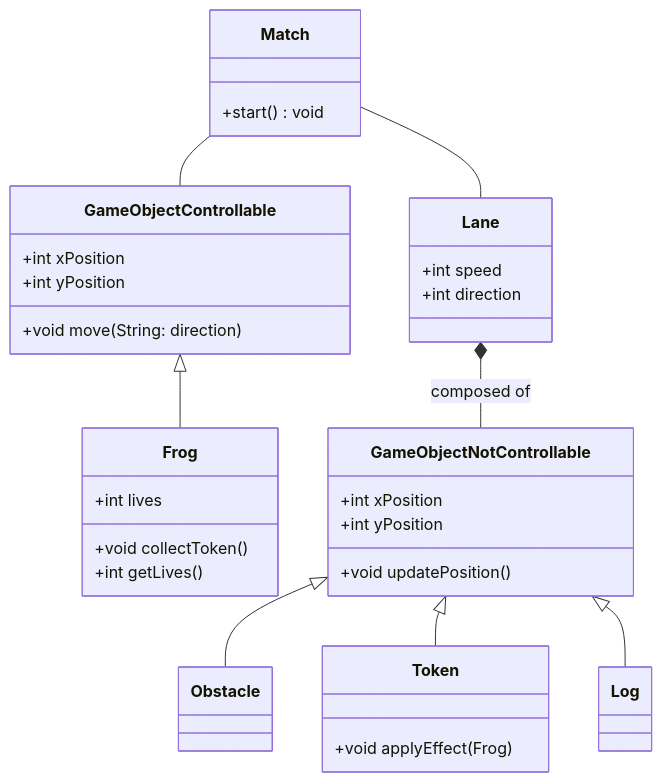
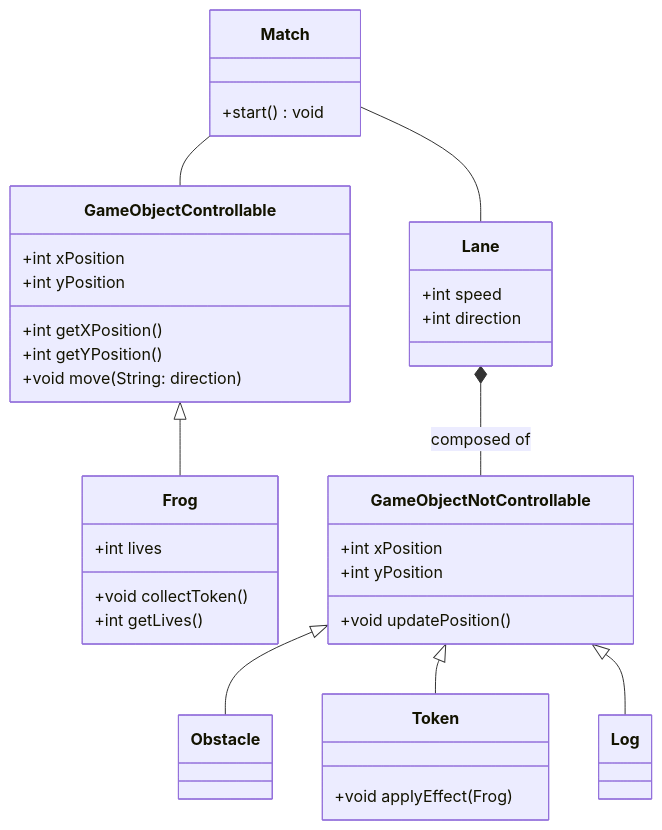
The first of 4 diagrams in README.md (giuliavanni/frogger), drawn with Mermaid before and after one commit. The commit also changed 1 other file, not shown here.

Commit message:
UPDATE GameObjectControllable to be abstract and add position getters; refine README class diagram

````diff
--- a/README.md
+++ b/README.md
@@ -51,40 +51,42 @@
 ```mermaid
 classDiagram
     class Match {
         +start() void
     }
     class GameObjectControllable  {
         +int xPosition
         +int yPosition
+        +int getXPosition()
+        +int getYPosition()
         +void move(String: direction)
     }
     class Frog {
         +int lives
         +void collectToken()
         +int getLives()
     }
     class Lane {
         +int speed
         +int direction
     }
     class GameObjectNotControllable{
         +int xPosition
         +int yPosition
         +void updatePosition()
     }
     class Obstacle {
     }
     class Log {
     }
     class Token {
         +void applyEffect(Frog)
     }
     Match -- GameObjectControllable
     Match -- Lane
     GameObjectNotControllable <|-- Obstacle
     GameObjectNotControllable <|-- Token
     GameObjectNotControllable <|-- Log
     GameObjectControllable <|-- Frog
     Lane *-- GameObjectNotControllable : composed of
 
 ```
````
